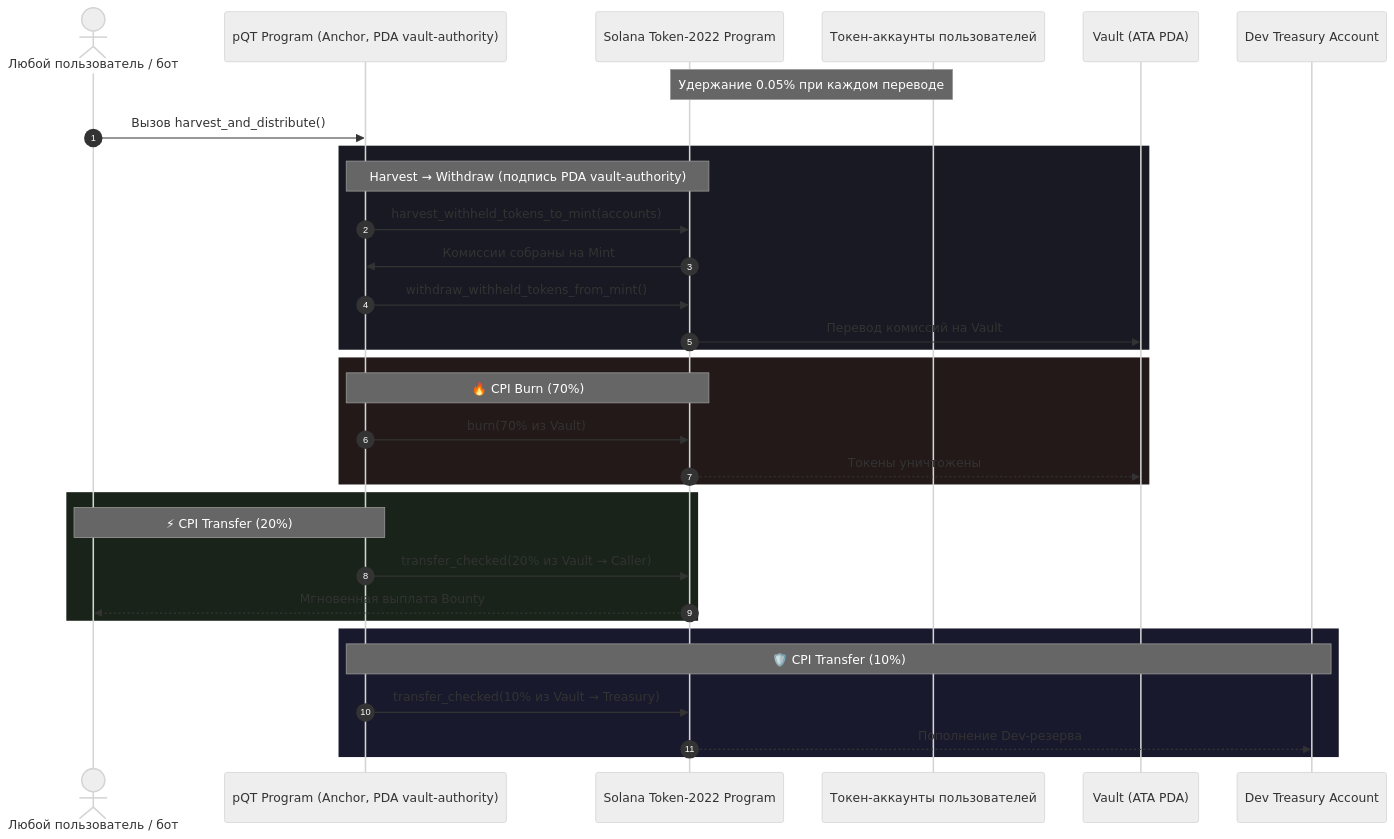
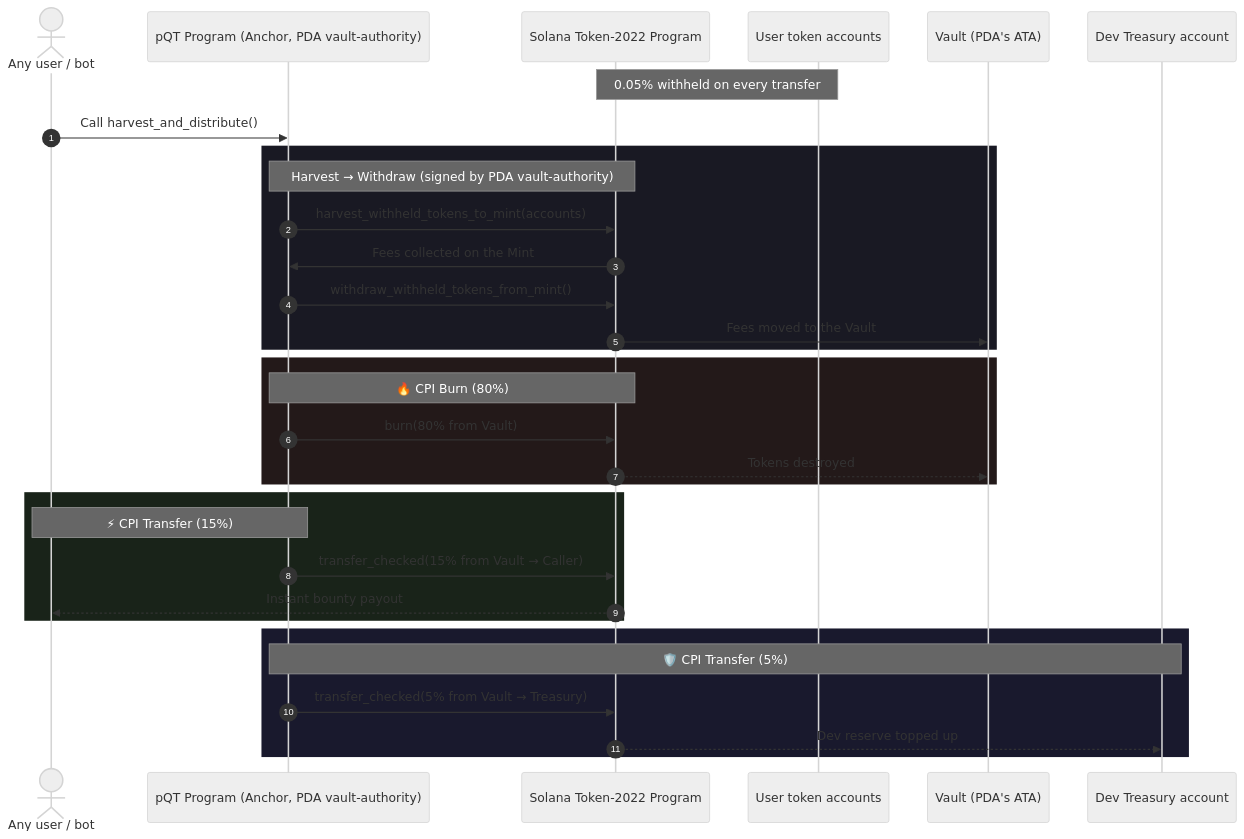
The diagram in README.md (babai-men/pqt), drawn with Mermaid (neutral theme) before and after one commit. The commit also changed other lines of this file, not shown here.

````diff
--- a/README.md
+++ b/README.md
@@ -66,39 +68,39 @@
 ```mermaid
 sequenceDiagram
     autonumber
-    actor Caller as Любой пользователь / бот
+    actor Caller as Any user / bot
     participant Contract as pQT Program (Anchor, PDA vault-authority)
     participant Token2022 as Solana Token-2022 Program
-    participant Accounts as Токен-аккаунты пользователей
-    participant Vault as Vault (ATA PDA)
-    participant Treasury as Dev Treasury Account
+    participant Accounts as User token accounts
+    participant Vault as Vault (PDA's ATA)
+    participant Treasury as Dev Treasury account
 
-    Note over Accounts, Token2022: Удержание 0.05% при каждом переводе
-    Caller->>Contract: Вызов harvest_and_distribute()
+    Note over Accounts, Token2022: 0.05% withheld on every transfer
+    Caller->>Contract: Call harvest_and_distribute()
 
     rect rgb(25, 25, 35)
-        Note over Contract, Token2022: Harvest → Withdraw (подпись PDA vault-authority)
+        Note over Contract, Token2022: Harvest → Withdraw (signed by PDA vault-authority)
         Contract->>Token2022: harvest_withheld_tokens_to_mint(accounts)
-        Token2022->>Contract: Комиссии собраны на Mint
+        Token2022->>Contract: Fees collected on the Mint
         Contract->>Token2022: withdraw_withheld_tokens_from_mint()
-        Token2022->>Vault: Перевод комиссий на Vault
+        Token2022->>Vault: Fees moved to the Vault
     end
 
     rect rgb(35, 25, 25)
-        Note over Contract, Token2022: 🔥 CPI Burn (70%)
-        Contract->>Token2022: burn(70% из Vault)
-        Token2022-->>Vault: Токены уничтожены
+        Note over Contract, Token2022: 🔥 CPI Burn (80%)
+        Contract->>Token2022: burn(80% from Vault)
+        Token2022-->>Vault: Tokens destroyed
     end
 
     rect rgb(25, 35, 25)
-        Note over Contract, Caller: ⚡ CPI Transfer (20%)
-        Contract->>Token2022: transfer_checked(20% из Vault → Caller)
-        Token2022-->>Caller: Мгновенная выплата Bounty
+        Note over Contract, Caller: ⚡ CPI Transfer (15%)
+        Contract->>Token2022: transfer_checked(15% from Vault → Caller)
+        Token2022-->>Caller: Instant bounty payout
     end
 
     rect rgb(25, 25, 45)
-        Note over Contract, Treasury: 🛡️ CPI Transfer (10%)
-        Contract->>Token2022: transfer_checked(10% из Vault → Treasury)
-        Token2022-->>Treasury: Пополнение Dev-резерва
+        Note over Contract, Treasury: 🛡️ CPI Transfer (5%)
+        Contract->>Token2022: transfer_checked(5% from Vault → Treasury)
+        Token2022-->>Treasury: Dev reserve topped up
     end
 ```
````
